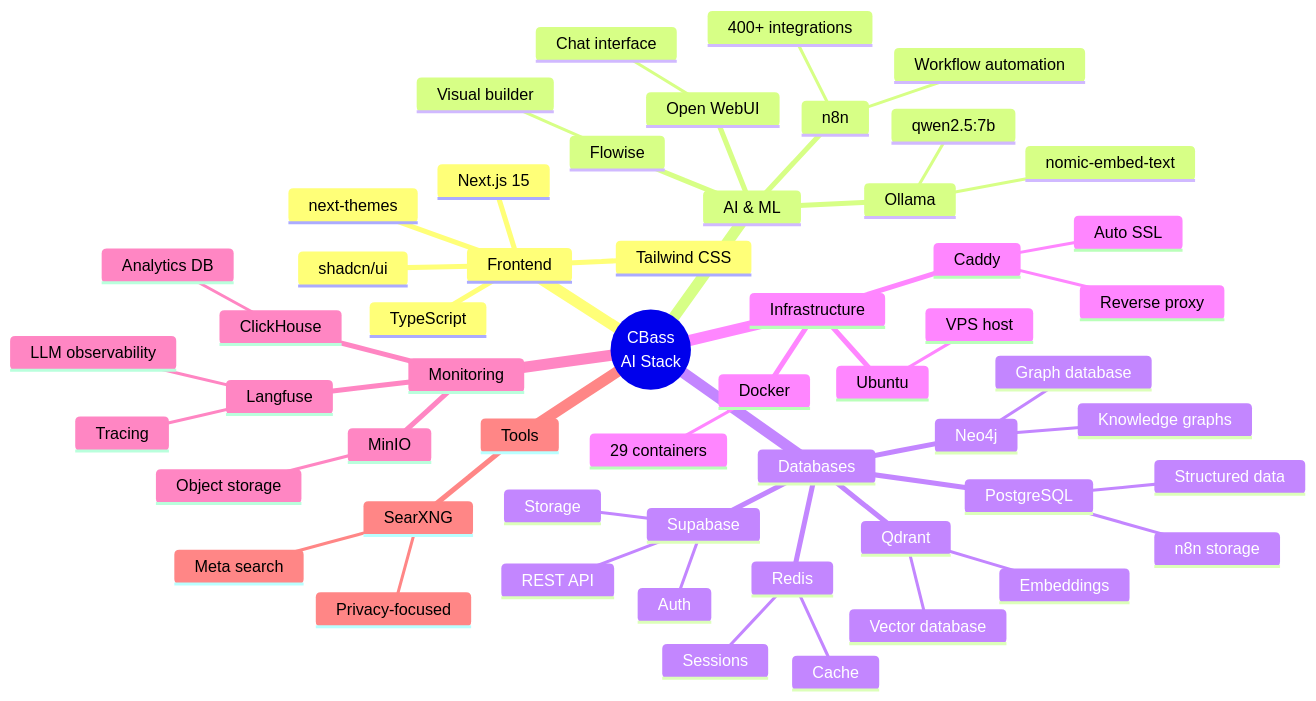
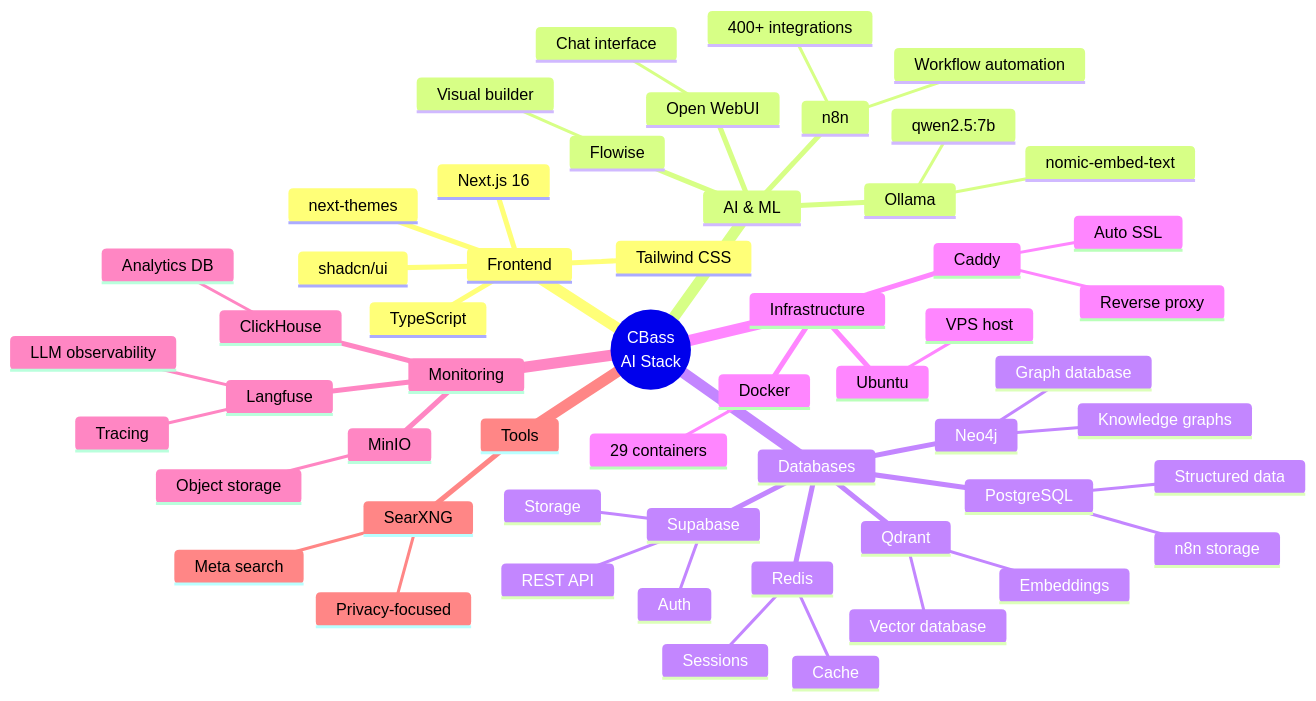
The fourth of 7 diagrams in docs/cbass-architecture-diagram.md (mdc159/cbass), drawn with Mermaid before and after one commit. The commit also changed other lines of this file and 9 other files, not shown here.

````diff
--- a/docs/cbass-architecture-diagram.md
+++ b/docs/cbass-architecture-diagram.md
@@ -233,58 +233,58 @@
 ```mermaid
 mindmap
   root((CBass<br/>AI Stack))
     Frontend
-      Next.js 15
+      Next.js 16
       TypeScript
       Tailwind CSS
       shadcn/ui
       next-themes
     AI & ML
       Ollama
         qwen2.5:7b
         nomic-embed-text
       n8n
         400+ integrations
         Workflow automation
       Open WebUI
         Chat interface
       Flowise
         Visual builder
     Databases
       PostgreSQL
         Structured data
         n8n storage
       Supabase
         Auth
         Storage
         REST API
       Neo4j
         Graph database
         Knowledge graphs
       Qdrant
         Vector database
         Embeddings
       Redis
         Cache
         Sessions
     Infrastructure
       Docker
         29 containers
       Caddy
         Reverse proxy
         Auto SSL
       Ubuntu
         VPS host
     Monitoring
       Langfuse
         LLM observability
         Tracing
       ClickHouse
         Analytics DB
       MinIO
         Object storage
     Tools
       SearXNG
         Meta search
         Privacy-focused
 ```
````
